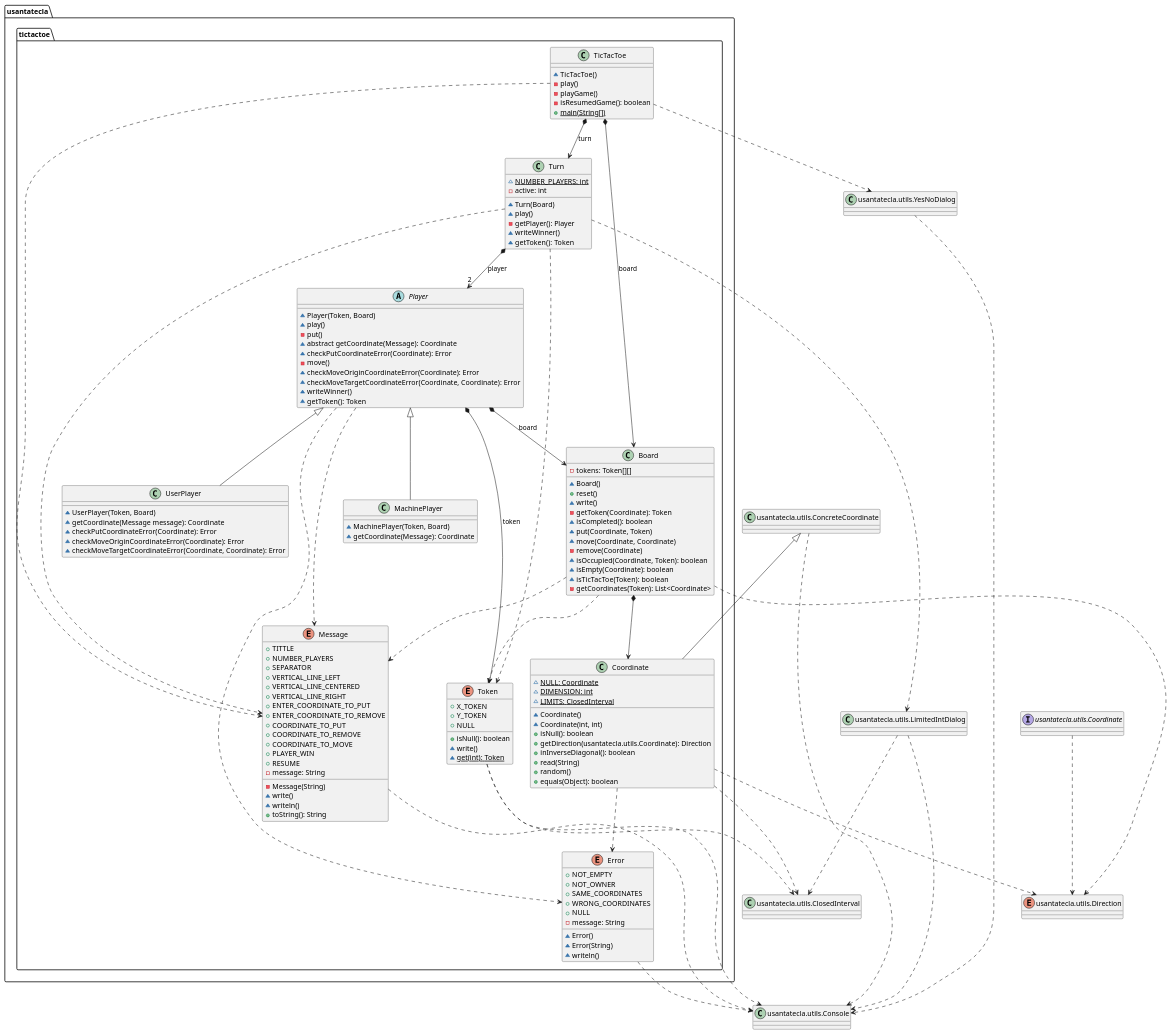
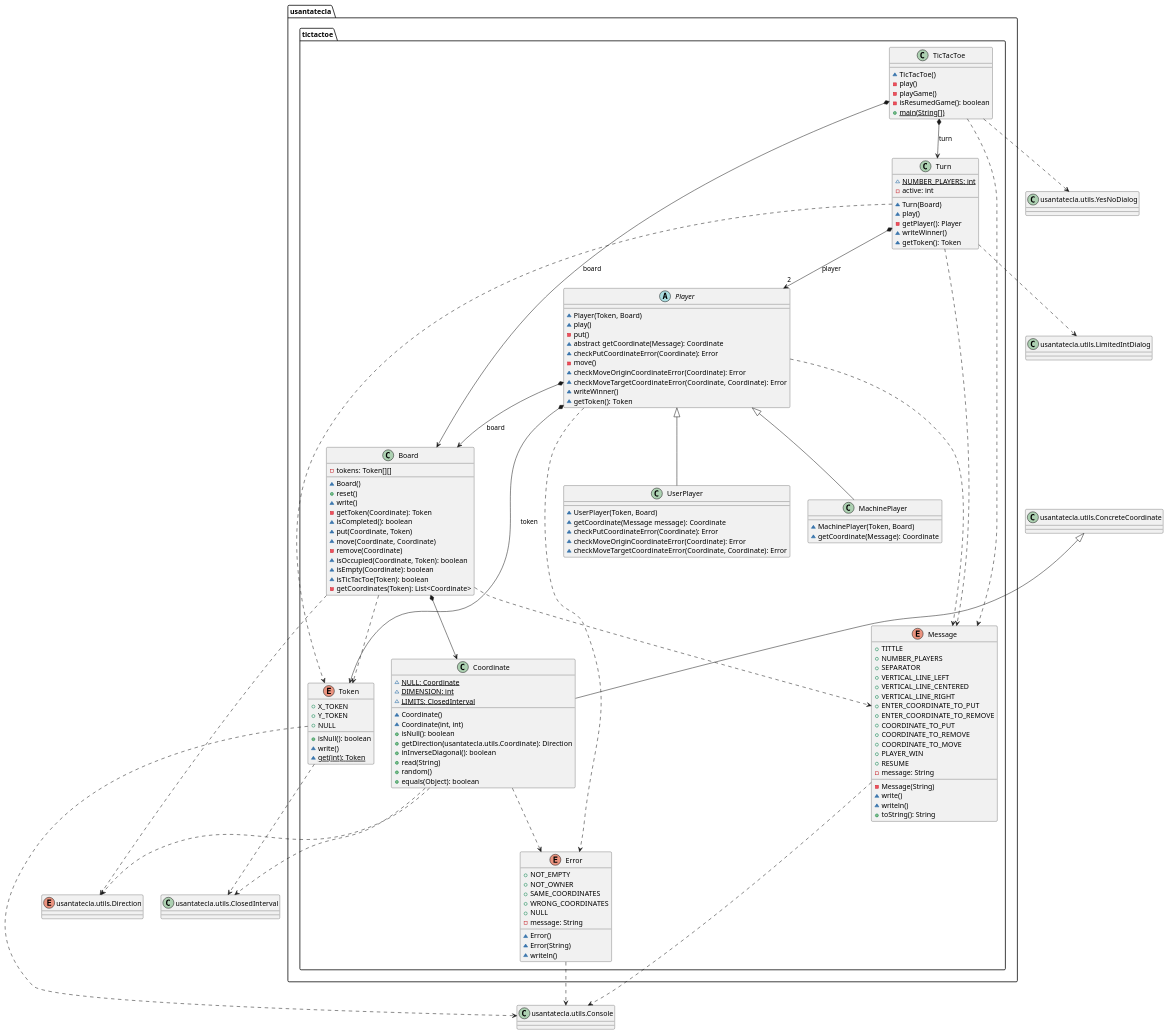
Before and after one commit to Jolucaa/USantaTecla-project-ticTacToe: the first of 2 diagrams in domainModel/docs/diagrams/src/paquetes.plantuml, drawn with PlantUML. The commit also changed 2 other files, not shown here.

Commit message:
DomainModel diagrams completely finished

```diff
--- a/domainModel/docs/diagrams/src/paquetes.plantuml
+++ b/domainModel/docs/diagrams/src/paquetes.plantuml
@@ -1,189 +1,182 @@
 @startuml tictactoe
 namespace usantatecla.tictactoe {
 class Board {
 	- tokens: Token[][] 
 	~ Board()
 	+ reset() 
 	~ write() 
 	- getToken(Coordinate): Token 
 	~ isCompleted(): boolean 
 	~ put(Coordinate, Token) 
 	~ move(Coordinate, Coordinate) 
 	- remove(Coordinate) 
 	~ isOccupied(Coordinate, Token): boolean 
 	~ isEmpty(Coordinate): boolean
 	~ isTicTacToe(Token): boolean
 	- getCoordinates(Token): List<Coordinate> 
 }
 
 class Coordinate {
 	~ NULL: {static} Coordinate
 	~ DIMENSION: {static} int 
 	~ LIMITS: {static} ClosedInterval 
 	~ Coordinate()
 	~ Coordinate(int, int)
 	+ isNull(): boolean 
 	+ getDirection(usantatecla.utils.Coordinate): Direction 
 	+ inInverseDiagonal(): boolean 
 	+ read(String)
 	+ random() 
 	+ equals(Object): boolean 
 }
 
 enum Error {
 
 	+ NOT_EMPTY
 	+ NOT_OWNER
 	+ SAME_COORDINATES
 	+ WRONG_COORDINATES
 	+ NULL
 	- message: String 
 	~ Error()
 	~ Error(String)
 	~ writeln()
 }
 
 class MachinePlayer {
 	~ MachinePlayer(Token, Board)
 	~ getCoordinate(Message): Coordinate 
 }
 
 enum Message {
 	+ TITTLE
 	+ NUMBER_PLAYERS
 	+ SEPARATOR
 	+ VERTICAL_LINE_LEFT
 	+ VERTICAL_LINE_CENTERED
 	+ VERTICAL_LINE_RIGHT
 	+ ENTER_COORDINATE_TO_PUT
 	+ ENTER_COORDINATE_TO_REMOVE
 	+ COORDINATE_TO_PUT
 	+ COORDINATE_TO_REMOVE
 	+ COORDINATE_TO_MOVE
 	+ PLAYER_WIN
 	+ RESUME
 	- message: String 
 	- Message(String)
 	~ write()
 	~ writeln()
 	+ toString(): String 
 }
 
 
 abstract class Player {
 	~ Player(Token, Board)
 	~ play()
 	- put()
 	~ abstract getCoordinate(Message): Coordinate 
 	~ checkPutCoordinateError(Coordinate): Error 
 	- move()
 	~ checkMoveOriginCoordinateError(Coordinate): Error 
 	~ checkMoveTargetCoordinateError(Coordinate, Coordinate): Error 
 	~ writeWinner()
 	~ getToken(): Token 
 }
 
 class TicTacToe{
     ~ TicTacToe()
 	- play()
     - playGame()
 	- isResumedGame(): boolean
 	+ {static} main(String[])
 }
 
 enum Token {
 	+ X_TOKEN
 	+ Y_TOKEN
 	+ NULL
     + isNull(): boolean 
     ~ write()
     ~ {static} get(int): Token 
 }
 
 class Turn {
 	~ NUMBER_PLAYERS: {static} int 
 	- active: int 
 	~ Turn(Board)
 	~ play()
 	- getPlayer(): Player 
 	~ writeWinner()
 	~ getToken(): Token  
 }
 
 class UserPlayer extends Player {
 	~ UserPlayer(Token, Board)
 	~ getCoordinate(Message message): Coordinate
 	~ checkPutCoordinateError(Coordinate): Error 
 	~ checkMoveOriginCoordinateError(Coordinate): Error
 	~ checkMoveTargetCoordinateError(Coordinate, Coordinate): Error
 }
 
 TicTacToe *-down-> Board : board
 TicTacToe *-down-> Turn : turn
 
 Board .down.> Token
 Turn .down.> Token
 Player *-down-> Token : token
 Player *-down-> Board : board
 Turn *-down-> "2" Player : player
 Board *-down-> Coordinate 
 Player <|-down- MachinePlayer
 Coordinate .down.> Error
 Player .down.> Error
 Board .down.> Message
 Player .down.> Message
 TicTacToe .down.> Message
 Turn .down.> Message
 
 }
 
 class ConcreteCoordinate as "usantatecla.utils.ConcreteCoordinate"{
 
 }
 
 class ClosedInterval as "usantatecla.utils.ClosedInterval"{
 	
 }
 
 class Console as "usantatecla.utils.Console"{
 	
 }
 
 class LimitedIntDialog as "usantatecla.utils.LimitedIntDialog"{
 	
 }
 
 class YesNoDialog as "usantatecla.utils.YesNoDialog"{
 	
 }
 
 enum Direction as "usantatecla.utils.Direction"{
 	
 }
 
-interface Coordinate as "usantatecla.utils.Coordinate"{
-	
-}
-
 ConcreteCoordinate <|-down- usantatecla.tictactoe.Coordinate
 
 usantatecla.tictactoe.Coordinate .down.> ClosedInterval
 usantatecla.tictactoe.Token .down.> ClosedInterval
-LimitedIntDialog .down.> ClosedInterval
 
 
 usantatecla.tictactoe.Error .down.> Console
 usantatecla.tictactoe.Message .down.> Console
 usantatecla.tictactoe.Token .down.> Console
-ConcreteCoordinate .down.> Console
-LimitedIntDialog .down.> Console
-YesNoDialog .down.> Console
+
 
 
 usantatecla.tictactoe.Turn .down.> LimitedIntDialog
 usantatecla.tictactoe.TicTacToe .down.> YesNoDialog
 
 usantatecla.tictactoe.Board .down.> Direction
 usantatecla.tictactoe.Coordinate .down.> Direction
-Coordinate .down.> Direction
+
 @enduml
```
